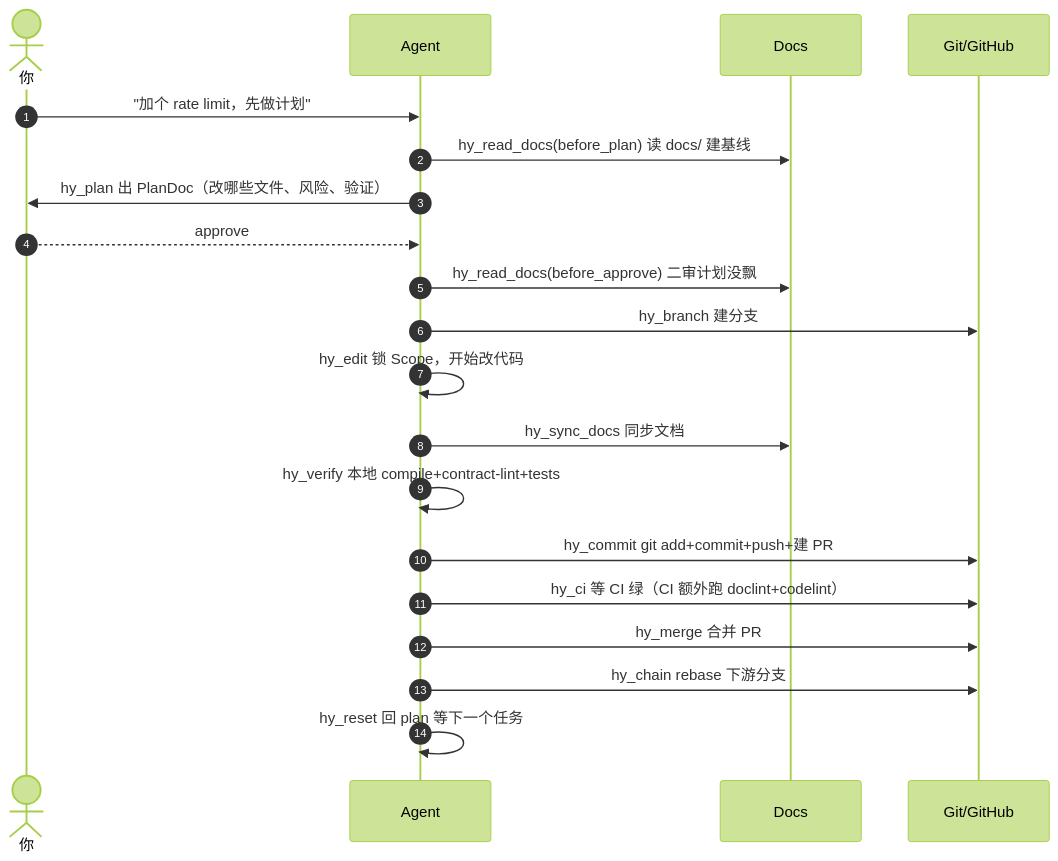
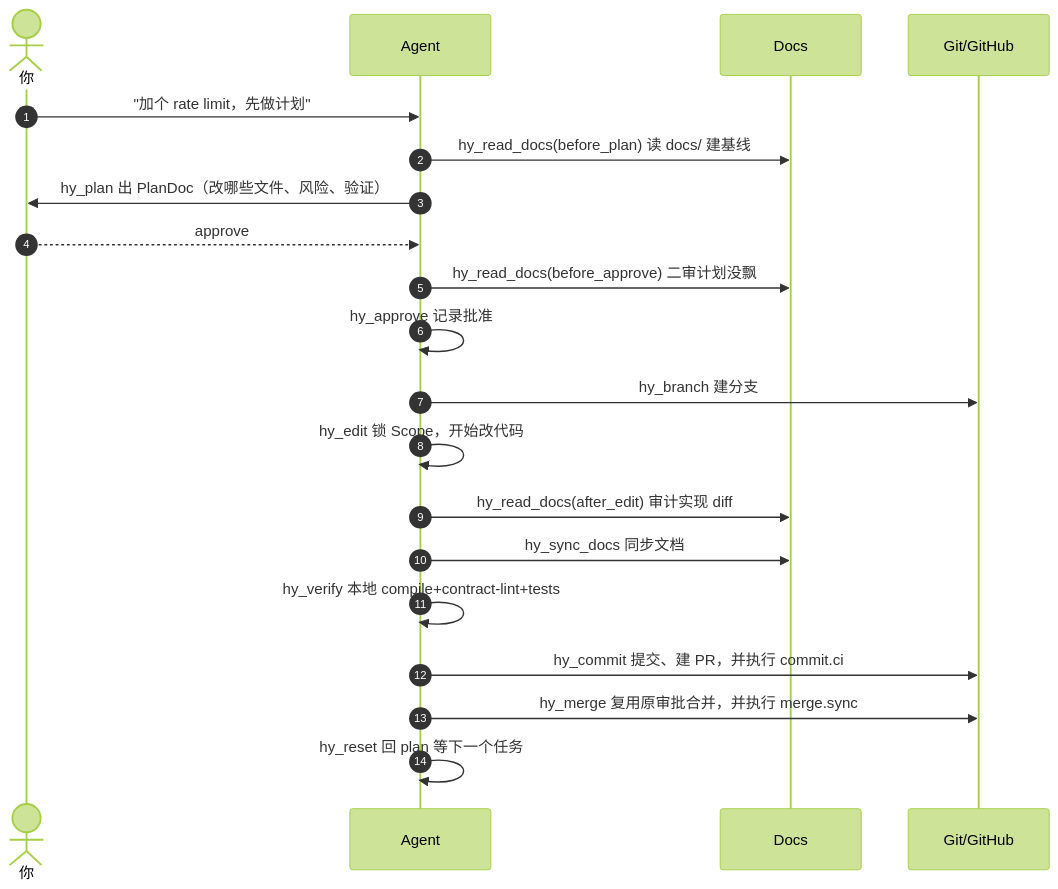
The diagram in README.md (voxServalG/hy-workflow-mcp), drawn with Mermaid (forest theme) before and after one commit. The commit also changed other lines of this file and 121 other files, not shown here.

````diff
--- a/README.md
+++ b/README.md
@@ -101,23 +106,23 @@
 ```mermaid
 sequenceDiagram
     autonumber
     actor U as 你
     participant A as Agent
     participant D as Docs
     participant G as Git/GitHub
 
     U->>A: "加个 rate limit，先做计划"
     A->>D: hy_read_docs(before_plan) 读 docs/ 建基线
     A->>U: hy_plan 出 PlanDoc（改哪些文件、风险、验证）
     U-->>A: approve
     A->>D: hy_read_docs(before_approve) 二审计划没飘
+    A->>A: hy_approve 记录批准
     A->>G: hy_branch 建分支
     A->>A: hy_edit 锁 Scope，开始改代码
+    A->>D: hy_read_docs(after_edit) 审计实现 diff
     A->>D: hy_sync_docs 同步文档
     A->>A: hy_verify 本地 compile+contract-lint+tests
-    A->>G: hy_commit git add+commit+push+建 PR
-    A->>G: hy_ci 等 CI 绿（CI 额外跑 doclint+codelint）
-    A->>G: hy_merge 合并 PR
-    A->>G: hy_chain rebase 下游分支
+    A->>G: hy_commit 提交、建 PR，并执行 commit.ci
+    A->>G: hy_merge 复用原审批合并，并执行 merge.sync
     A->>A: hy_reset 回 plan 等下一个任务
 ```
````
